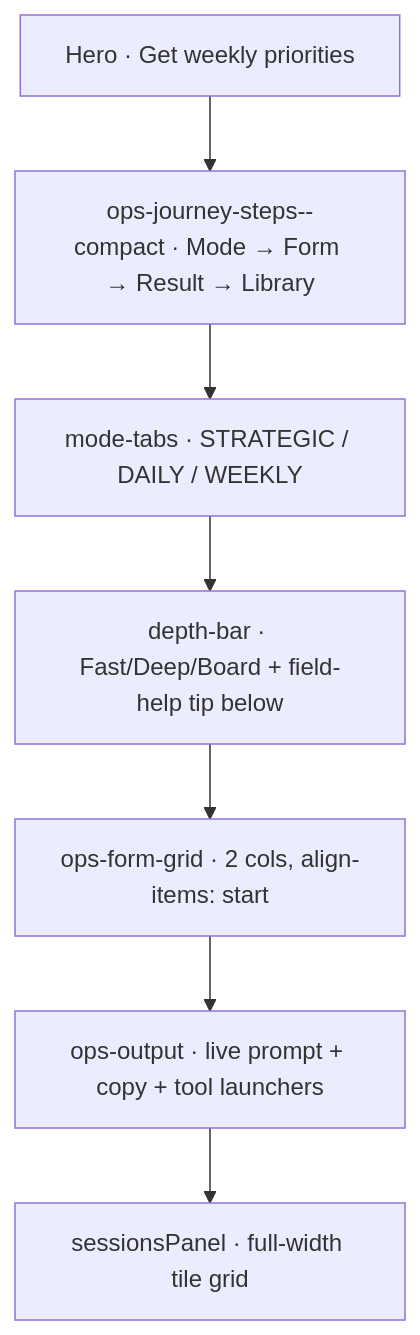
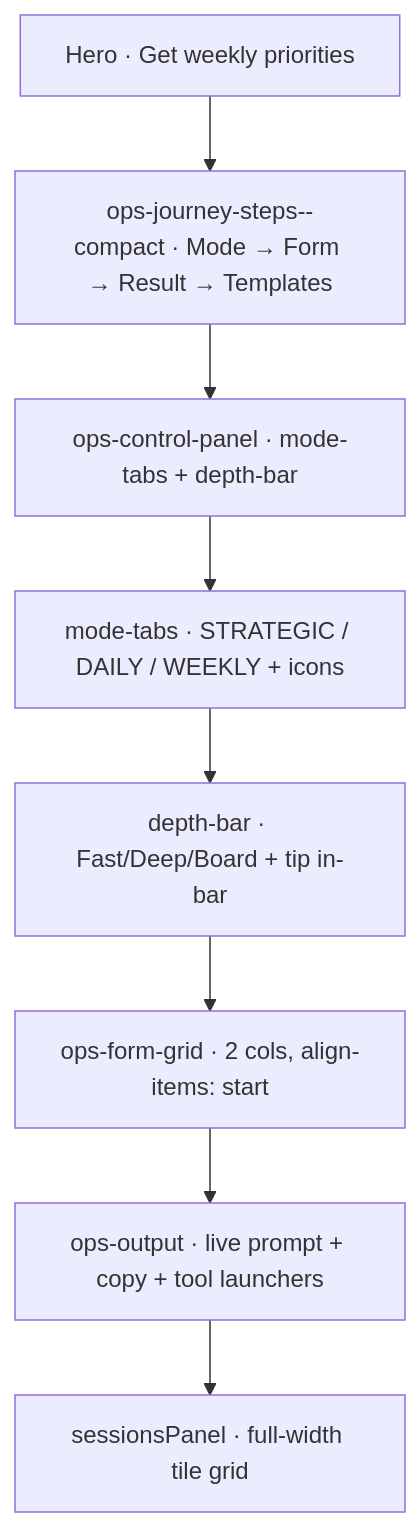
One commit to DITreneris/ceo changed the diagram in docs/ops_workspace_plan.md. Above: the diagram before and after it, drawn with Mermaid. The commit also changed other lines of this file and 19 other files, not shown here.

First line of the commit message:
IA slim v4: slim PDF storefront, split FAQs, ops control panel.

````diff
--- a/docs/ops_workspace_plan.md
+++ b/docs/ops_workspace_plan.md
@@ -9,11 +9,12 @@
 ```mermaid
 flowchart TD
   hero[Hero · Get weekly priorities]
-  steps[ops-journey-steps--compact · Mode → Form → Result → Library]
-  mode[mode-tabs · STRATEGIC / DAILY / WEEKLY]
-  depth[depth-bar · Fast/Deep/Board + field-help tip below]
+  steps[ops-journey-steps--compact · Mode → Form → Result → Templates]
+  panel[ops-control-panel · mode-tabs + depth-bar]
+  mode[mode-tabs · STRATEGIC / DAILY / WEEKLY + icons]
+  depth[depth-bar · Fast/Deep/Board + tip in-bar]
   form[ops-form-grid · 2 cols, align-items: start]
   output[ops-output · live prompt + copy + tool launchers]
   sessions[sessionsPanel · full-width tile grid]
-  hero --> steps --> mode --> depth --> form --> output --> sessions
+  hero --> steps --> panel --> mode --> depth --> form --> output --> sessions
 ```
````
